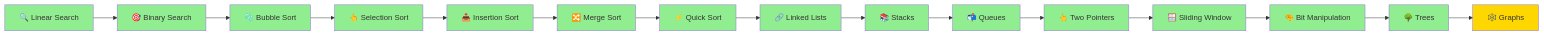
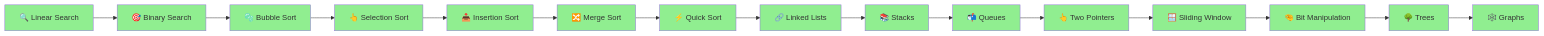
One commit to Shivambansal96/Shreyas-Engineering-Clg-Hyd changed the diagram in Readme.md. Above: the diagram before and after it, drawn with Mermaid. The commit also changed other lines of this file and 3 other files, not shown here.

````diff
--- a/Readme.md
+++ b/Readme.md
@@ -156,34 +160,34 @@
 ```mermaid
 graph LR
     A[🔍 Linear Search] --> B[🎯 Binary Search]
     B --> C[🫧 Bubble Sort]
     C --> D[👆 Selection Sort]
     D --> E[📥 Insertion Sort]
     E --> F[🔀 Merge Sort]
     F --> G[⚡ Quick Sort]
     G --> H[🔗 Linked Lists]
     H --> I[📚 Stacks]
     I --> J[📬 Queues]
     J --> K[👆 Two Pointers]
     K --> L[🪟 Sliding Window]
     L --> M[🤏 Bit Manipulation]
     M --> N[🌳 Trees]
     N --> O[🕸️ Graphs]
     
     style A fill:#90EE90
     style B fill:#90EE90
     style C fill:#90EE90
     style D fill:#90EE90
     style E fill:#90EE90
     style F fill:#90EE90
     style G fill:#90EE90
     style H fill:#90EE90
     style I fill:#90EE90
     style J fill:#90EE90
     style K fill:#90EE90
     style L fill:#90EE90
       style M fill:#90EE90
       style N fill:#90EE90
-      style O fill:#FFD700
+      style O fill:#90EE90
 
 ```
````
